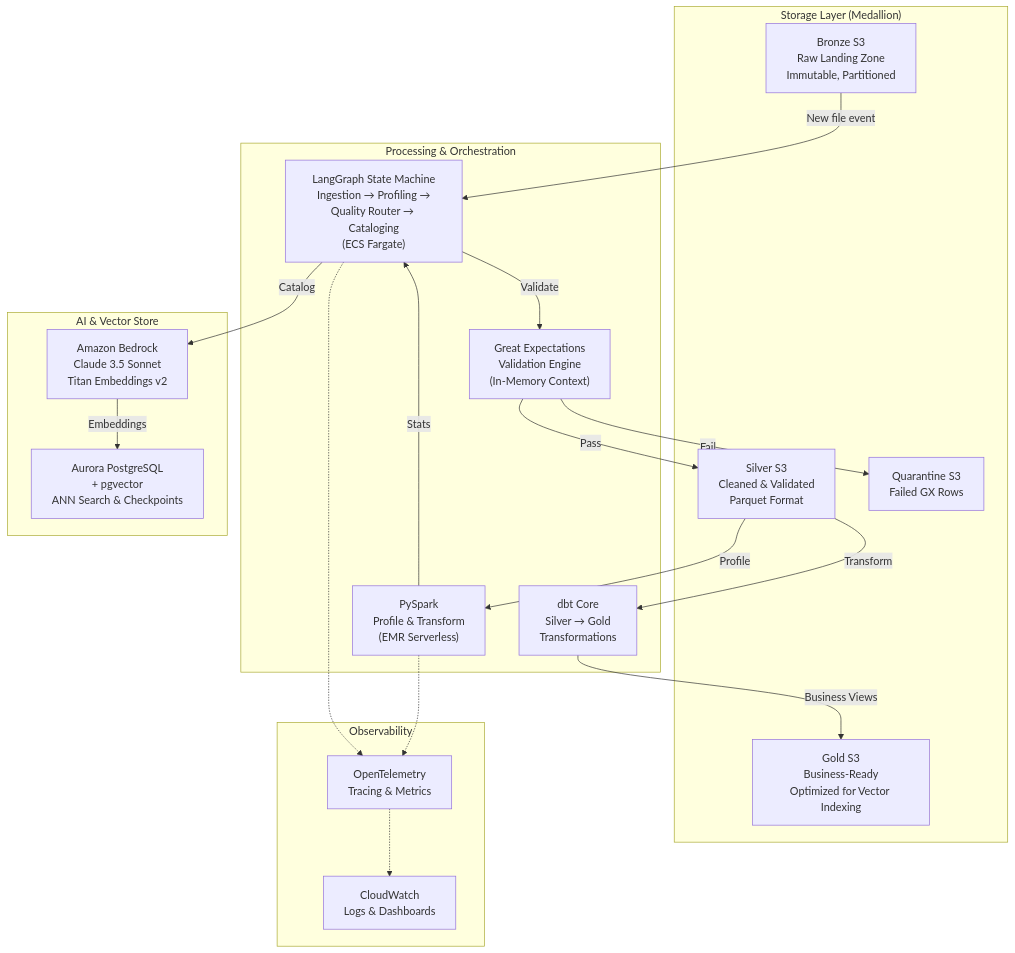
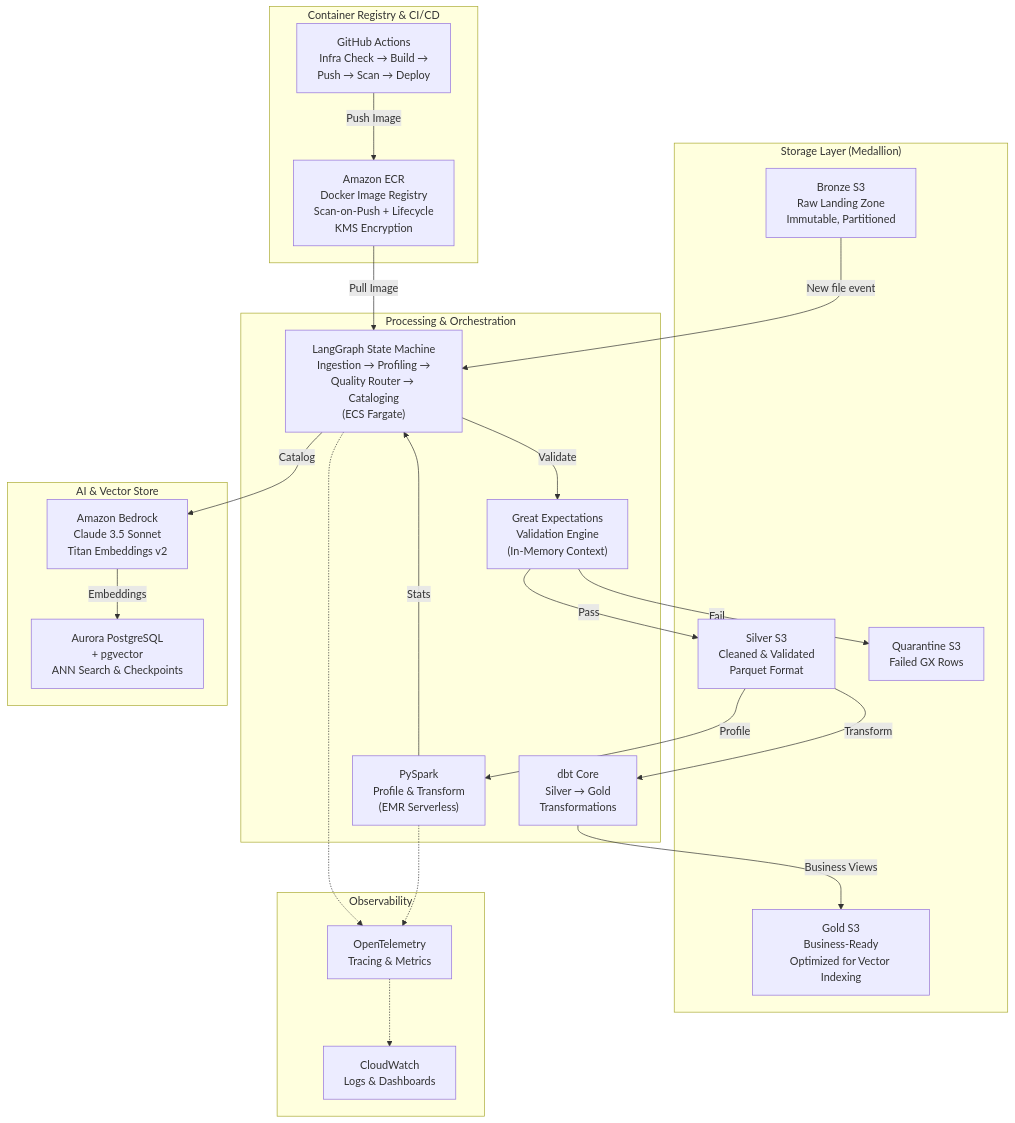
The first of 2 diagrams in README.md (Ansu-John/Unstructured-data-governance-RAG), drawn with Mermaid before and after one commit. The commit also changed other lines of this file and 11 other files, not shown here.

````diff
--- a/README.md
+++ b/README.md
@@ -38,40 +41,47 @@
 ```mermaid
 flowchart TD
     subgraph "Storage Layer (Medallion)"
         BRONZE["Bronze S3<br/>Raw Landing Zone<br/>Immutable, Partitioned"]
         SILVER["Silver S3<br/>Cleaned & Validated<br/>Parquet Format"]
         GOLD["Gold S3<br/>Business-Ready<br/>Optimized for Vector Indexing"]
         QUARANTINE["Quarantine S3<br/>Failed GX Rows"]
     end
 
     subgraph "Processing & Orchestration"
         GX["Great Expectations<br/>Validation Engine<br/>(In-Memory Context)"]
         SPARK["PySpark<br/>Profile & Transform<br/>(EMR Serverless)"]
         LANGGRAPH["LangGraph State Machine<br/>Ingestion → Profiling →<br/>Quality Router → Cataloging<br/>(ECS Fargate)"]
         DBT["dbt Core<br/>Silver → Gold<br/>Transformations"]
+    end
+
+    subgraph "Container Registry & CI/CD"
+        ECR["Amazon ECR<br/>Docker Image Registry<br/>Scan-on-Push + Lifecycle<br/>KMS Encryption"]
+        CICD["GitHub Actions<br/>Infra Check → Build →<br/>Push → Scan → Deploy"]
     end
 
     subgraph "AI & Vector Store"
         BEDROCK["Amazon Bedrock<br/>Claude 3.5 Sonnet<br/>Titan Embeddings v2"]
         PGVECTOR["Aurora PostgreSQL<br/>+ pgvector<br/>ANN Search & Checkpoints"]
     end
 
     subgraph "Observability"
         OTEL["OpenTelemetry<br/>Tracing & Metrics"]
         CW["CloudWatch<br/>Logs & Dashboards"]
     end
 
     BRONZE -->|"New file event"| LANGGRAPH
     LANGGRAPH -->|"Validate"| GX
     GX -->|"Pass"| SILVER
     GX -->|"Fail"| QUARANTINE
     SILVER -->|"Profile"| SPARK
     SPARK -->|"Stats"| LANGGRAPH
     LANGGRAPH -->|"Catalog"| BEDROCK
     BEDROCK -->|"Embeddings"| PGVECTOR
     SILVER -->|"Transform"| DBT
     DBT -->|"Business Views"| GOLD
+    CICD -->|"Push Image"| ECR
+    ECR -->|"Pull Image"| LANGGRAPH
     LANGGRAPH -.-> OTEL
     OTEL -.-> CW
     SPARK -.-> OTEL
 ```
````
